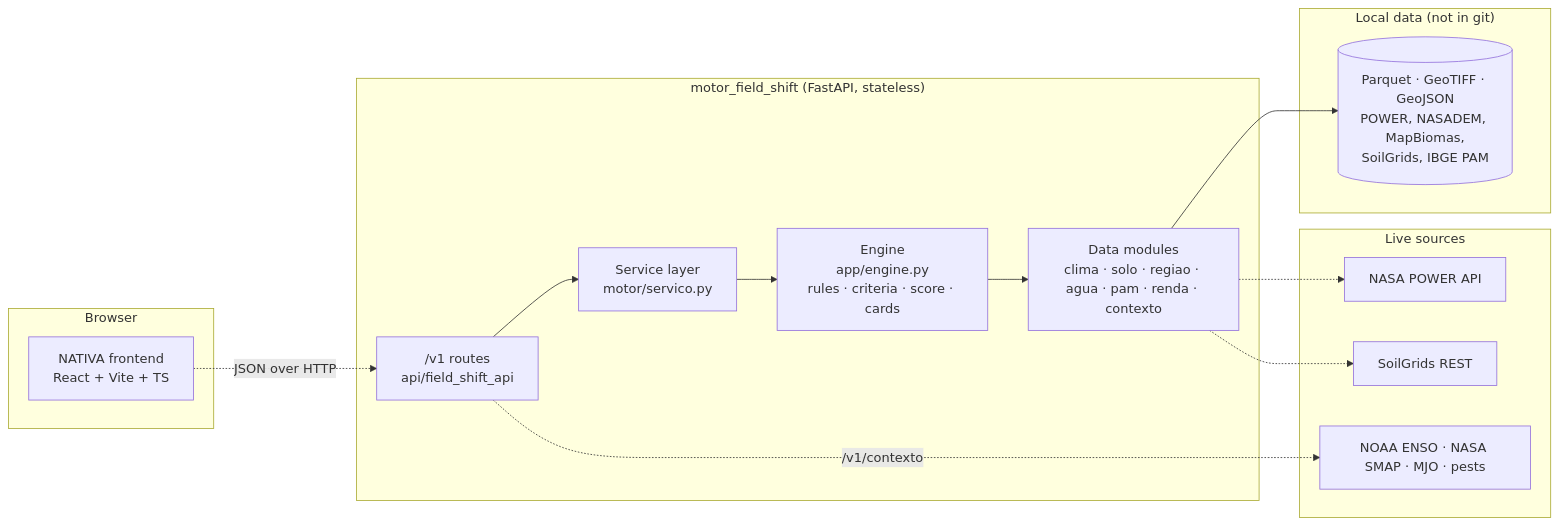
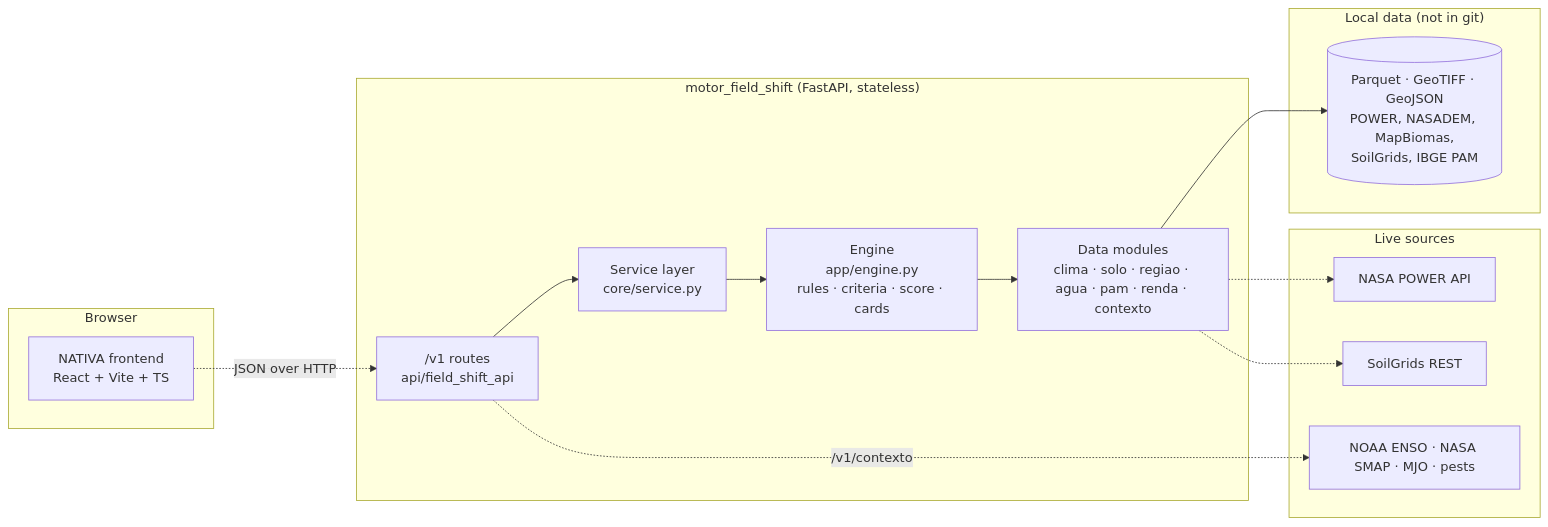
Before and after one commit to br-santella/Nativa: the first of 2 diagrams in README.md, drawn with Mermaid. The commit also changed other lines of this file and 28 other files, not shown here.

````diff
--- a/README.md
+++ b/README.md
@@ -137,30 +137,30 @@
 ```mermaid
 flowchart LR
     subgraph Browser
         UI["NATIVA frontend<br/>React + Vite + TS"]
     end
 
     subgraph API["motor_field_shift (FastAPI, stateless)"]
         R["/v1 routes<br/>api/field_shift_api"]
-        S["Service layer<br/>motor/servico.py"]
+        S["Service layer<br/>core/service.py"]
         E["Engine<br/>app/engine.py<br/>rules · criteria · score · cards"]
         M["Data modules<br/>clima · solo · regiao · agua · pam · renda · contexto"]
         R --> S --> E --> M
     end
 
     subgraph Local["Local data (not in git)"]
         D[("Parquet · GeoTIFF · GeoJSON<br/>POWER, NASADEM, MapBiomas,<br/>SoilGrids, IBGE PAM")]
     end
 
     subgraph Live["Live sources"]
         P["NASA POWER API"]
         SG["SoilGrids REST"]
         CX["NOAA ENSO · NASA SMAP · MJO · pests"]
     end
 
     UI -. "JSON over HTTP" .-> R
     M --> D
     M -.-> P
     M -.-> SG
     R -. "/v1/contexto" .-> CX
 ```
````
